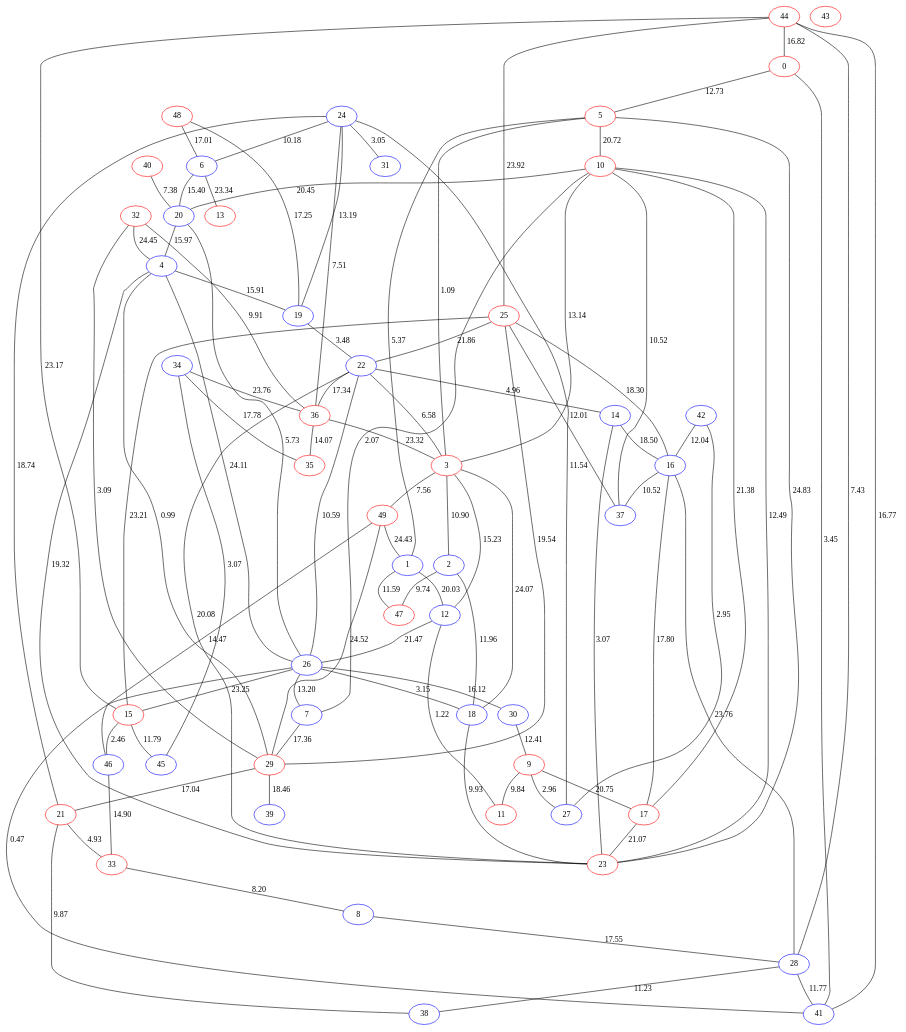
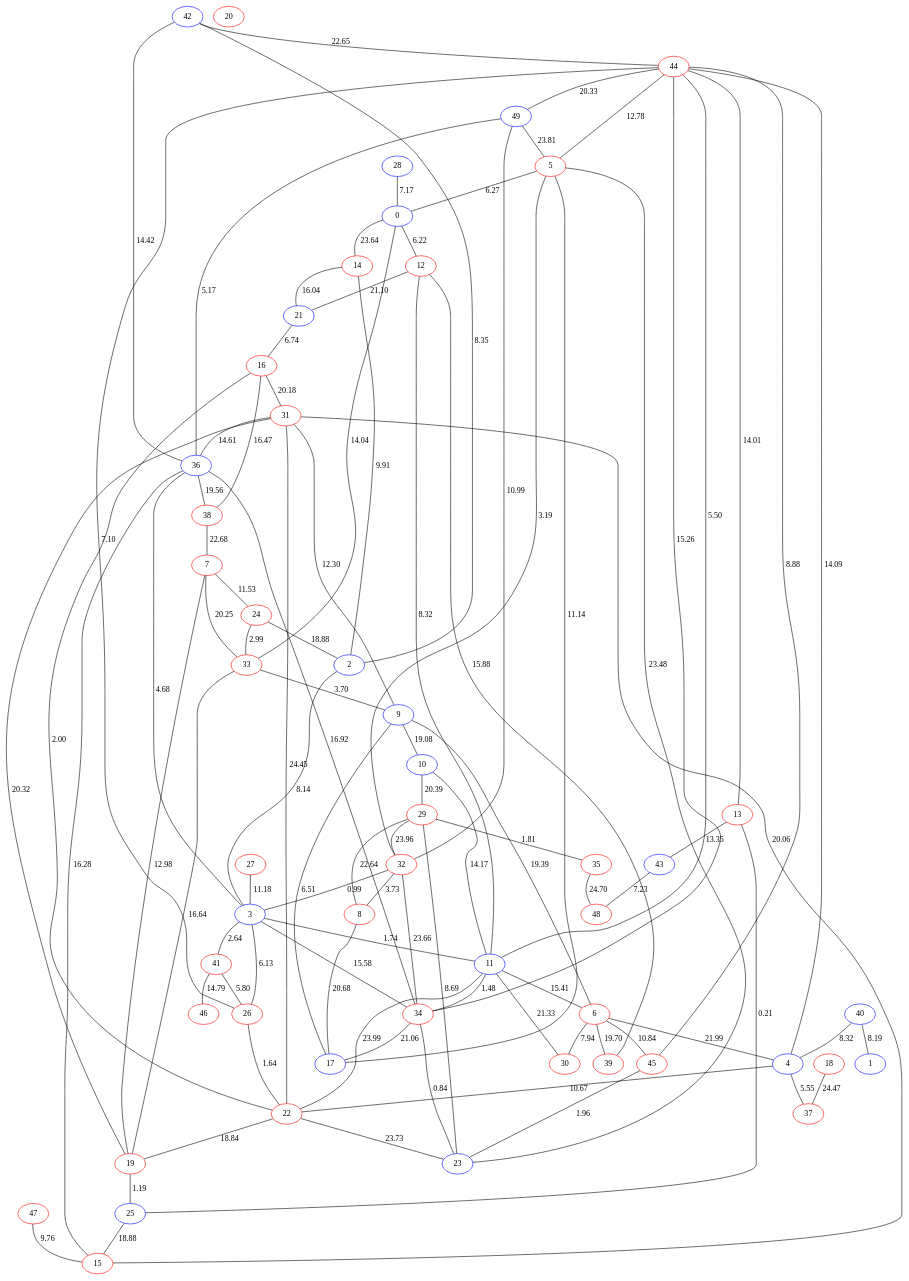
One commit to Aura9111/SteinerBA changed the diagram in example/Random50N.dot. Above: the diagram before and after it, drawn with Graphviz. The commit also changed 32 other files, not shown here.

Commit message:
modelled graphs as set of components, added tree

```diff
--- a/example/Random50N.dot
+++ b/example/Random50N.dot
@@ -1,98 +1,147 @@
 graph {
-44[color=red]45[color=blue]46[color=blue]47[color=red]48[color=red]49[color=red]10[color=red]11[color=red]12[color=blue]13[color=red]14[color=blue]15[color=red]16[color=blue]17[color=red]18[color=blue]19[color=blue]0[color=red]1[color=blue]2[color=blue]3[color=red]4[color=blue]5[color=red]6[color=blue]7[color=blue]8[color=blue]9[color=red]20[color=blue]21[color=red]22[color=blue]23[color=red]24[color=blue]25[color=red]26[color=blue]27[color=blue]28[color=blue]29[color=red]30[color=blue]31[color=blue]32[color=red]33[color=red]34[color=blue]35[color=red]36[color=red]37[color=blue]38[color=blue]39[color=blue]40[color=red]41[color=blue]42[color=blue]43[color=red]2--47[label=9.74]
-37--10[label=10.52]
-24--36[label=7.51]
-26--41[label=0.47]
-7--29[label=17.36]
-16--37[label=10.52]
-24--31[label=3.05]
-11--12[label=1.22]
-26--4[label=24.11]
-26--7[label=13.20]
-22--3[label=6.58]
-14--23[label=3.07]
-22--26[label=10.59]
-4--19[label=15.91]
-3--10[label=13.14]
-1--47[label=11.59]
-25--37[label=12.01]
-3--5[label=1.09]
-5--23[label=24.83]
-23--22[label=20.08]
-3--12[label=15.23]
-34--35[label=17.78]
-32--29[label=3.09]
-6--20[label=15.40]
-49--1[label=24.43]
-34--36[label=23.76]
-41--44[label=16.77]
-28--41[label=11.77]
-16--28[label=23.76]
-26--30[label=16.12]
-5--1[label=5.37]
-21--33[label=4.93]
-9--27[label=2.96]
-20--26[label=5.73]
-48--19[label=17.25]
-10--20[label=20.45]
-22--14[label=4.96]
-2--18[label=11.96]
-29--21[label=17.04]
-40--20[label=7.38]
-32--4[label=24.45]
-8--28[label=17.55]
-1--12[label=20.03]
-29--4[label=0.99]
-36--3[label=23.32]
-28--38[label=11.23]
-3--49[label=7.56]
-32--36[label=9.91]
-17--23[label=21.07]
-18--3[label=24.07]
-16--17[label=17.80]
-20--4[label=15.97]
-9--11[label=9.84]
-9--17[label=20.75]
-29--39[label=18.46]
-46--33[label=14.90]
-44--28[label=7.43]
-24--6[label=10.18]
-44--25[label=23.92]
-24--19[label=13.19]
-18--23[label=9.93]
-42--16[label=12.04]
-49--46[label=14.47]
-25--15[label=23.21]
-10--23[label=12.49]
-15--45[label=11.79]
-15--44[label=23.17]
-25--16[label=18.30]
-15--46[label=2.46]
-17--10[label=21.38]
-21--38[label=9.87]
-19--22[label=3.48]
-33--8[label=8.20]
-24--27[label=11.54]
-4--23[label=19.32]
-48--6[label=17.01]
-44--0[label=16.82]
-24--21[label=18.74]
-29--49[label=24.52]
-14--16[label=18.50]
-26--15[label=23.25]
-3--2[label=10.90]
-7--10[label=2.07]
-22--36[label=17.34]
-26--18[label=3.15]
-36--35[label=14.07]
-25--22[label=21.86]
-42--27[label=2.95]
-0--5[label=12.73]
-5--10[label=20.72]
-0--41[label=3.45]
-6--13[label=23.34]
-12--26[label=21.47]
-25--29[label=19.54]
-30--9[label=12.41]
-34--45[label=3.07]
+44[color=red]
+45[color=red]
+46[color=red]
+47[color=red]
+48[color=red]
+49[color=blue]
+10[color=blue]
+11[color=blue]
+12[color=red]
+13[color=red]
+14[color=red]
+15[color=red]
+16[color=red]
+17[color=blue]
+18[color=red]
+19[color=red]
+0[color=blue]
+1[color=blue]
+2[color=blue]
+3[color=blue]
+4[color=blue]
+5[color=red]
+6[color=red]
+7[color=red]
+8[color=red]
+9[color=blue]
+20[color=red]
+21[color=blue]
+22[color=red]
+23[color=blue]
+24[color=red]
+25[color=blue]
+26[color=red]
+27[color=red]
+28[color=blue]
+29[color=red]
+30[color=red]
+31[color=red]
+32[color=red]
+33[color=red]
+34[color=red]
+35[color=red]
+36[color=blue]
+37[color=red]
+38[color=red]
+39[color=red]
+40[color=blue]
+41[color=red]
+42[color=blue]
+43[color=blue]
+35--48[label=24.70]
+16--38[label=16.47]
+13--25[label=0.21]
+11--12[label=8.32]
+7--24[label=11.53]
+24--33[label=2.99]
+6--4[label=21.99]
+49--5[label=23.81]
+16--31[label=20.18]
+44--49[label=20.33]
+0--33[label=14.04]
+22--23[label=23.73]
+14--21[label=16.04]
+42--44[label=22.65]
+42--36[label=14.42]
+3--11[label=1.74]
+22--31[label=24.45]
+41--46[label=14.79]
+45--44[label=8.88]
+21--16[label=6.74]
+36--49[label=5.17]
+31--9[label=12.30]
+23--29[label=8.69]
+47--15[label=9.76]
+42--2[label=8.35]
+22--19[label=18.84]
+5--0[label=6.27]
+29--8[label=22.64]
+7--33[label=20.25]
+44--34[label=15.26]
+22--16[label=2.00]
+31--36[label=14.61]
+36--15[label=16.28]
+6--39[label=19.70]
+32--3[label=0.99]
+3--41[label=2.64]
+5--32[label=3.19]
+2--3[label=8.14]
+36--3[label=4.68]
+6--9[label=19.39]
+11--10[label=14.17]
+34--23[label=0.84]
+43--48[label=7.23]
+32--34[label=23.66]
+6--30[label=7.94]
+11--6[label=15.41]
+32--8[label=3.73]
+13--43[label=13.35]
+9--10[label=19.08]
+33--19[label=16.64]
+29--35[label=1.81]
+26--22[label=1.64]
+11--34[label=1.48]
+14--2[label=9.91]
+9--17[label=6.51]
+0--12[label=6.22]
+24--2[label=18.88]
+44--26[label=7.10]
+4--37[label=5.55]
+0--14[label=23.64]
+29--32[label=23.96]
+28--0[label=7.17]
+10--29[label=20.39]
+12--39[label=15.88]
+8--17[label=20.68]
+25--15[label=18.88]
+3--34[label=15.58]
+32--49[label=10.99]
+6--45[label=10.84]
+30--11[label=21.33]
+34--17[label=21.06]
+19--25[label=1.19]
+45--23[label=1.96]
+33--9[label=3.70]
+44--5[label=12.78]
+44--4[label=14.09]
+41--26[label=5.80]
+7--19[label=12.98]
+17--5[label=11.14]
+4--22[label=10.67]
+11--22[label=23.99]
+40--1[label=8.19]
+31--19[label=20.32]
+40--4[label=8.32]
+18--37[label=24.47]
+23--5[label=23.48]
+31--15[label=20.06]
+44--11[label=5.50]
+44--13[label=14.01]
+36--34[label=16.92]
+12--21[label=21.10]
+27--3[label=11.18]
+3--26[label=6.13]
+38--7[label=22.68]
+36--38[label=19.56]
 }
```
